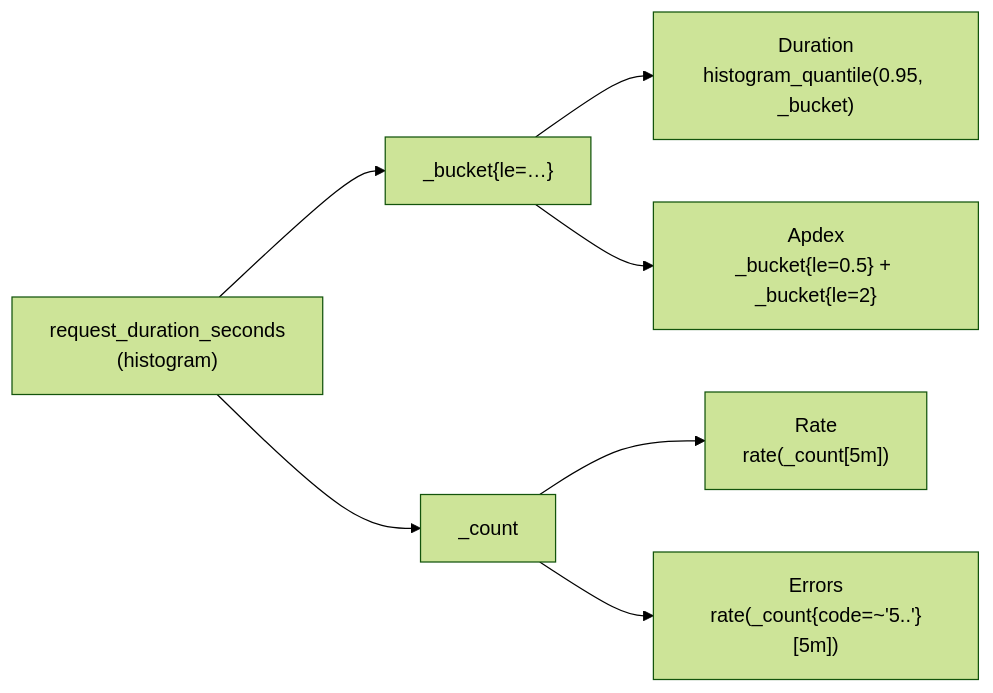
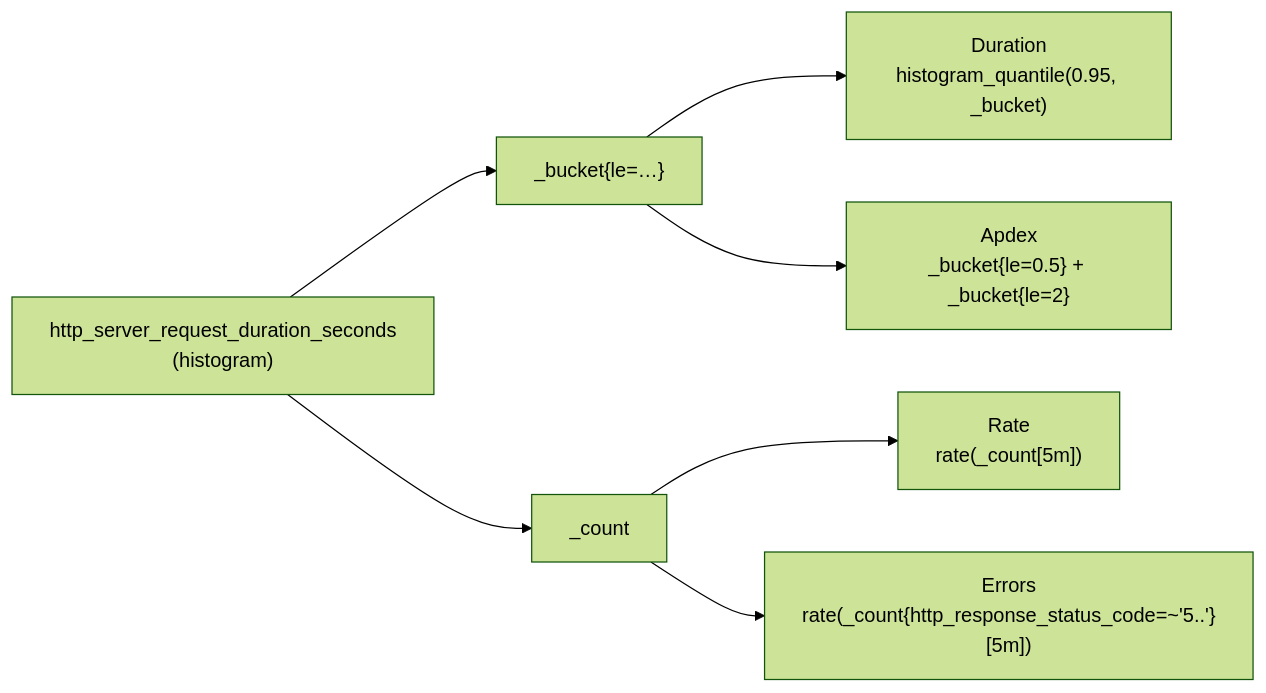
The first of 2 diagrams in docs/observability/metrics/metrics-apps.md (duynhlab/homelab), drawn with Mermaid (forest theme) before and after one commit. The commit also changed other lines of this file and 24 other files, not shown here.

````diff
--- a/docs/observability/metrics/metrics-apps.md
+++ b/docs/observability/metrics/metrics-apps.md
@@ -47,9 +62,9 @@
 ```mermaid
 flowchart LR
-    H["request_duration_seconds<br/>(histogram)"] --> B["_bucket{le=…}"]
+    H["http_server_request_duration_seconds<br/>(histogram)"] --> B["_bucket{le=…}"]
     H --> C["_count"]
     C --> Rate["Rate<br/>rate(_count[5m])"]
-    C --> Errors["Errors<br/>rate(_count{code=~'5..'}[5m])"]
+    C --> Errors["Errors<br/>rate(_count{http_response_status_code=~'5..'}[5m])"]
     B --> Duration["Duration<br/>histogram_quantile(0.95, _bucket)"]
     B --> Apdex["Apdex<br/>_bucket{le=0.5} + _bucket{le=2}"]
 ```
````
